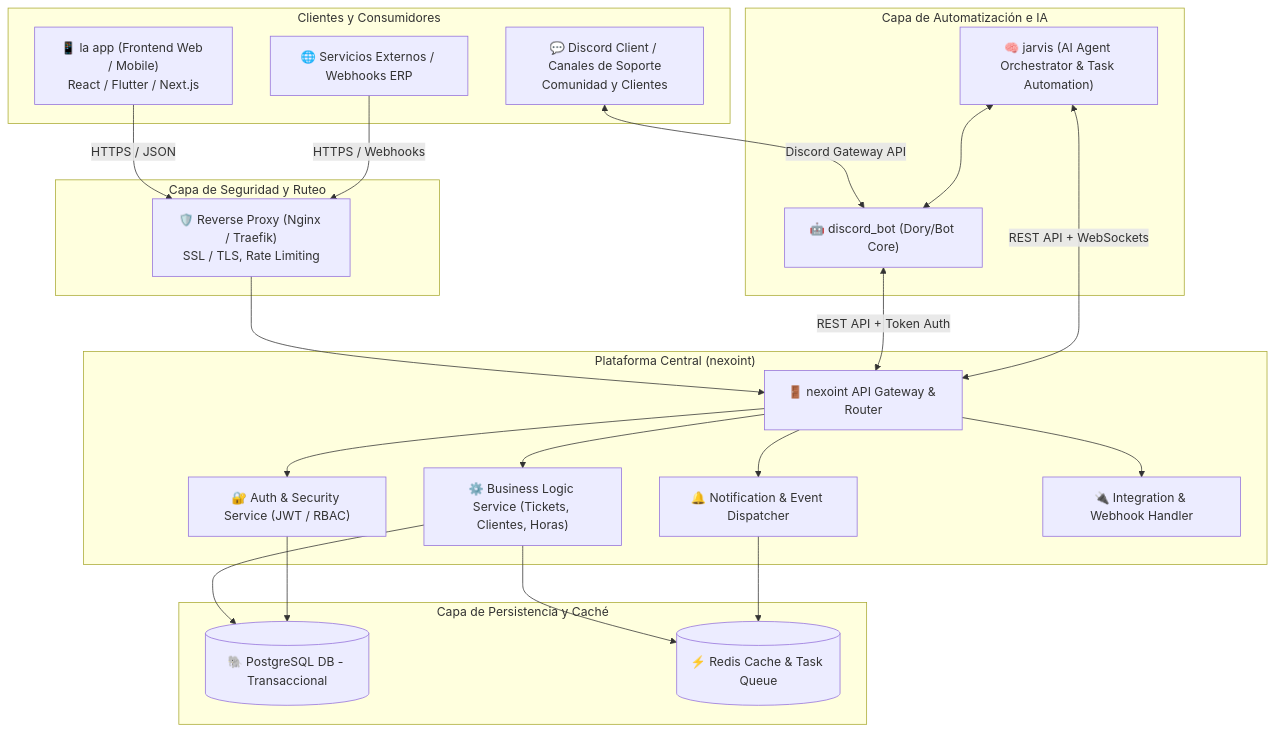
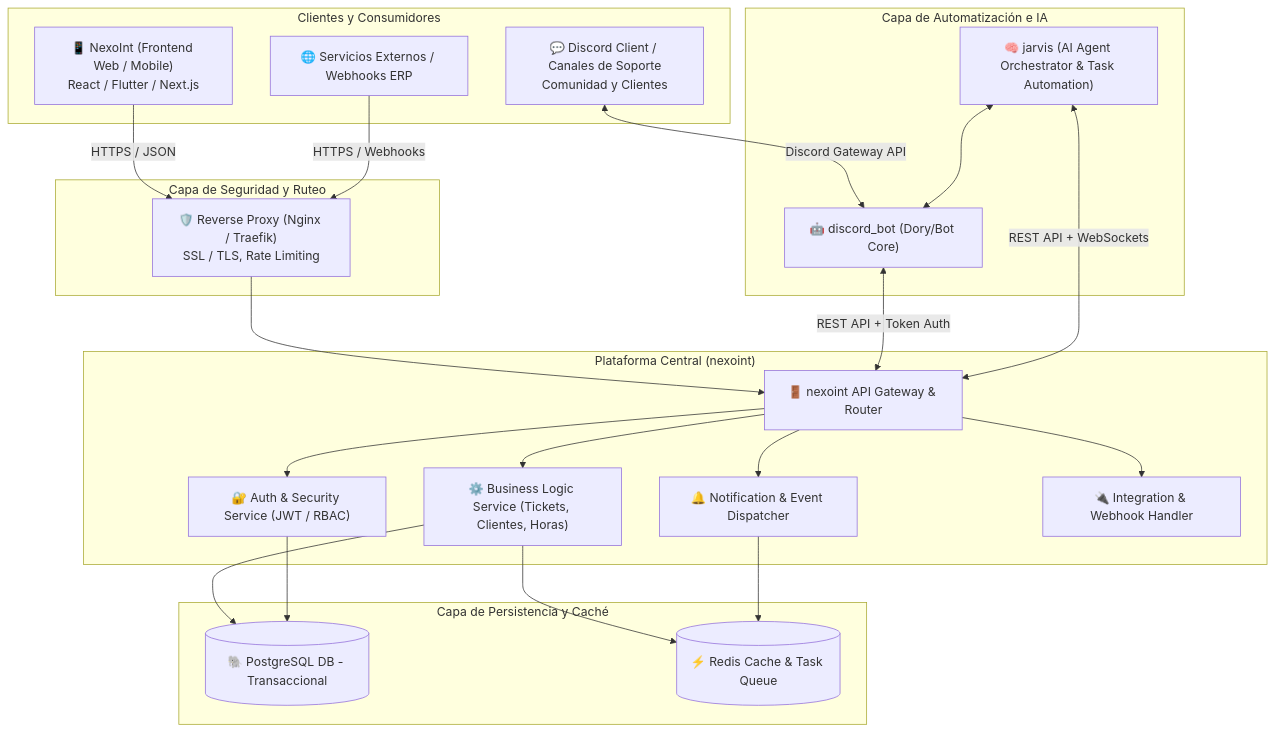
Before and after one commit to jesusalbujas/CONTROL-PST: the fifth of 12 diagrams in docs/proyectos/pst-4-arquitectura.md, drawn with Mermaid. The commit also changed other lines of this file and 3 other files, not shown here.

Commit message:
docs: standardize frontend app naming to NexoInt across all PST IV documentation

````diff
--- a/docs/proyectos/pst-4-arquitectura.md
+++ b/docs/proyectos/pst-4-arquitectura.md
@@ -218,49 +218,49 @@
 ```mermaid
 graph TB
     subgraph sub_Clientes_y_Consumidores ["Clientes y Consumidores"]
-        APP["📱 la app (Frontend Web / Mobile)<br>React / Flutter / Next.js"]
+        APP["📱 NexoInt (Frontend Web / Mobile)<br>React / Flutter / Next.js"]
         DISC["💬 Discord Client / Canales de Soporte<br>Comunidad y Clientes"]
         EXT["🌐 Servicios Externos / Webhooks ERP"]
     end
 
     subgraph sub_Capa_de_Seguridad_y_Ruteo ["Capa de Seguridad y Ruteo"]
         PROXY["🛡️ Reverse Proxy (Nginx / Traefik)<br>SSL / TLS, Rate Limiting"]
     end
 
     subgraph sub_Plataforma_Central_nexoint ["Plataforma Central (nexoint)"]
         GW["🚪 nexoint API Gateway & Router"]
         AUTH_SRV["🔐 Auth & Security Service (JWT / RBAC)"]
         CORE_SRV["⚙️ Business Logic Service (Tickets, Clientes, Horas)"]
         NOTIF_SRV["🔔 Notification & Event Dispatcher"]
         INT_SRV["🔌 Integration & Webhook Handler"]
     end
 
     subgraph sub_Capa_de_Automatizaci_n_e_IA ["Capa de Automatización e IA"]
         BOT["🤖 discord_bot (Dory/Bot Core)"]
         JARVIS["🧠 jarvis (AI Agent Orchestrator & Task Automation)"]
     end
 
     subgraph sub_Capa_de_Persistencia_y_Cach ["Capa de Persistencia y Caché"]
         DB[("🐘 PostgreSQL DB - Transaccional")]
         REDIS[("⚡ Redis Cache & Task Queue")]
     end
 
     APP -->|HTTPS / JSON| PROXY
     DISC <-->|Discord Gateway API| BOT
     EXT -->|HTTPS / Webhooks| PROXY
     PROXY --> GW
 
     GW --> AUTH_SRV
     GW --> CORE_SRV
     GW --> NOTIF_SRV
     GW --> INT_SRV
 
     BOT <-->|REST API + Token Auth| GW
     JARVIS <-->|REST API + WebSockets| GW
     JARVIS <--> BOT
 
     CORE_SRV --> DB
     AUTH_SRV --> DB
     CORE_SRV --> REDIS
     NOTIF_SRV --> REDIS
 ```
````
